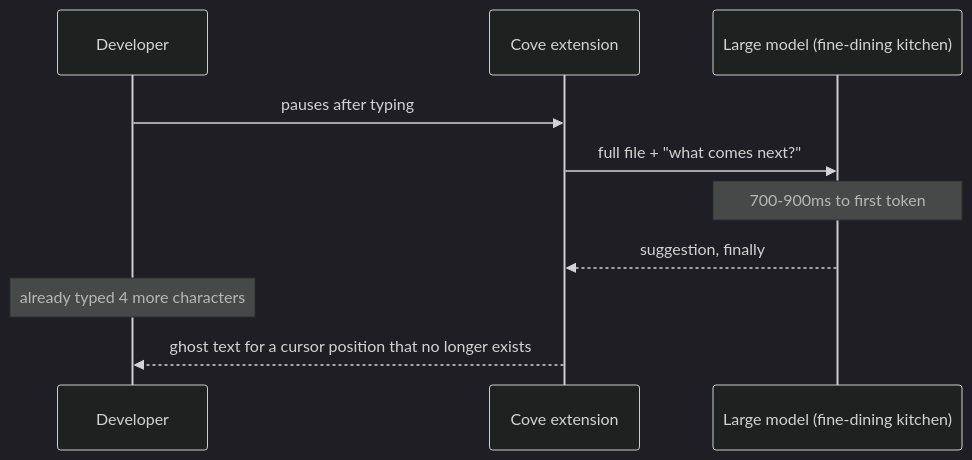
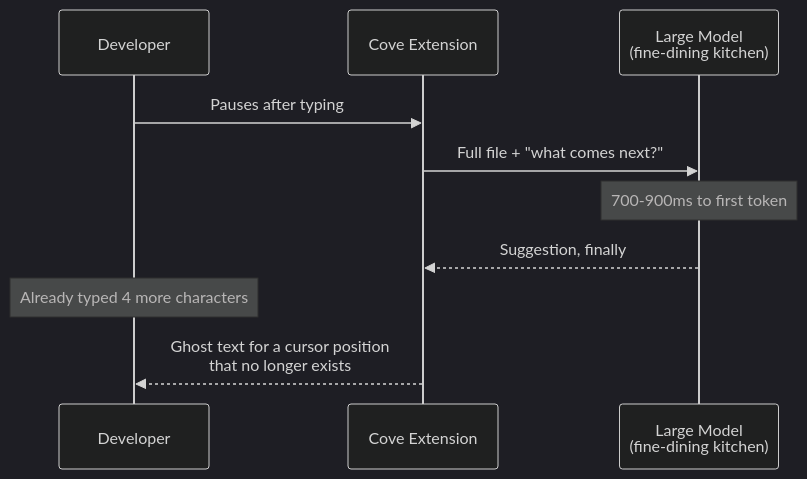
Before and after one commit to riyaz-pasha/Learnings: the first of 13 diagrams in system-design/HLD/0-course/45-Design-an-AI-Code-Assistant-FAANG-Guide-story.md, drawn with Mermaid (dark theme). The commit also changed other lines of this file and 1 other file, not shown here.

Commit message:
[REWRITE] AI Code Assistant story guide: simplify prose, add structure, fix diagrams

````diff
--- a/system-design/HLD/0-course/45-Design-an-AI-Code-Assistant-FAANG-Guide-story.md
+++ b/system-design/HLD/0-course/45-Design-an-AI-Code-Assistant-FAANG-Guide-story.md
@@ -47,12 +67,13 @@
 ```mermaid
 sequenceDiagram
     participant Dev as Developer
-    participant Ext as Cove extension
-    participant Big as Large model (fine-dining kitchen)
-    Dev->>Ext: pauses after typing
-    Ext->>Big: full file + "what comes next?"
+    participant Ext as Cove Extension
+    participant Big as Large Model<br/>(fine-dining kitchen)
+
+    Dev->>Ext: Pauses after typing
+    Ext->>Big: Full file + "what comes next?"
     Note over Big: 700-900ms to first token
-    Big-->>Ext: suggestion, finally
-    Note over Dev: already typed 4 more characters
-    Ext-->>Dev: ghost text for a cursor position that no longer exists
+    Big-->>Ext: Suggestion, finally
+    Note over Dev: Already typed 4 more characters
+    Ext-->>Dev: Ghost text for a cursor position<br/>that no longer exists
 ```
````
